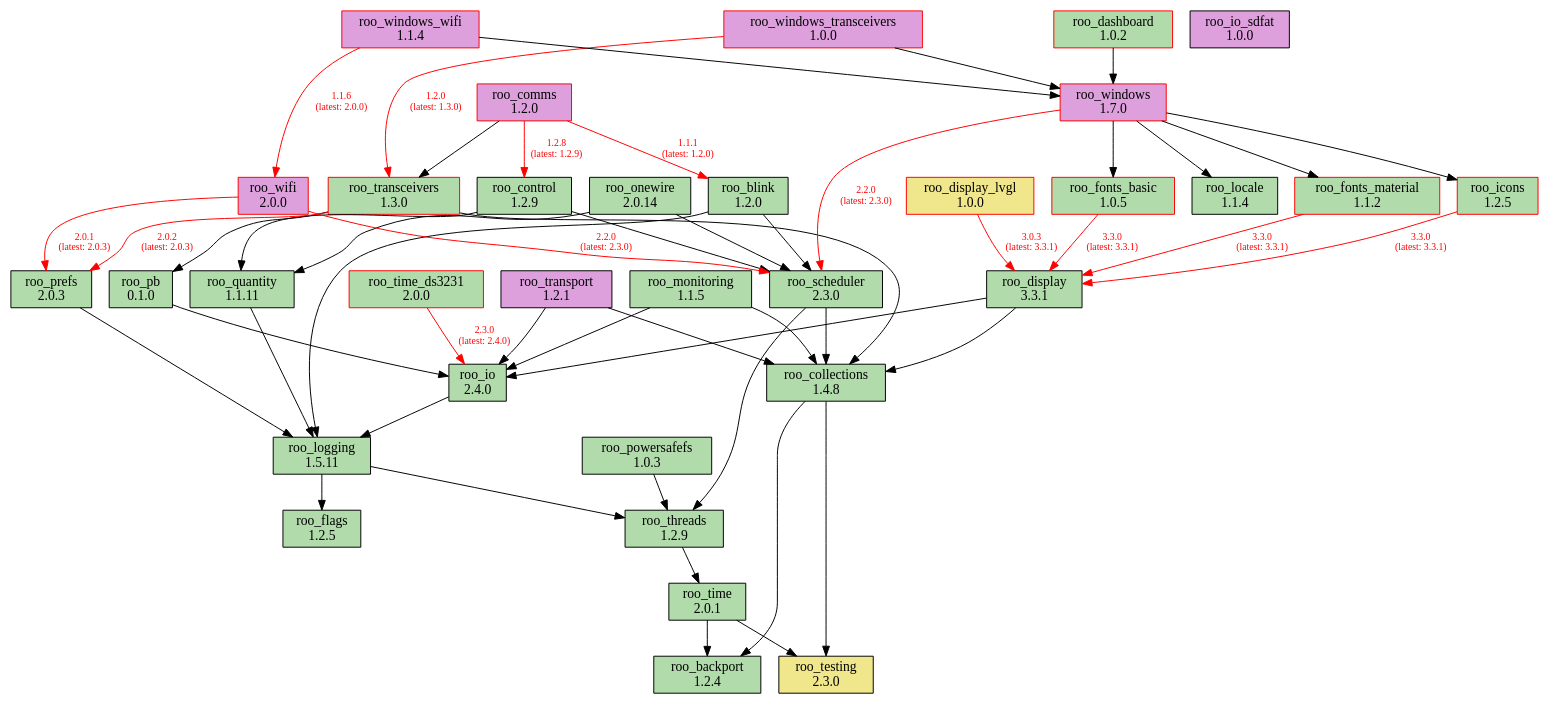
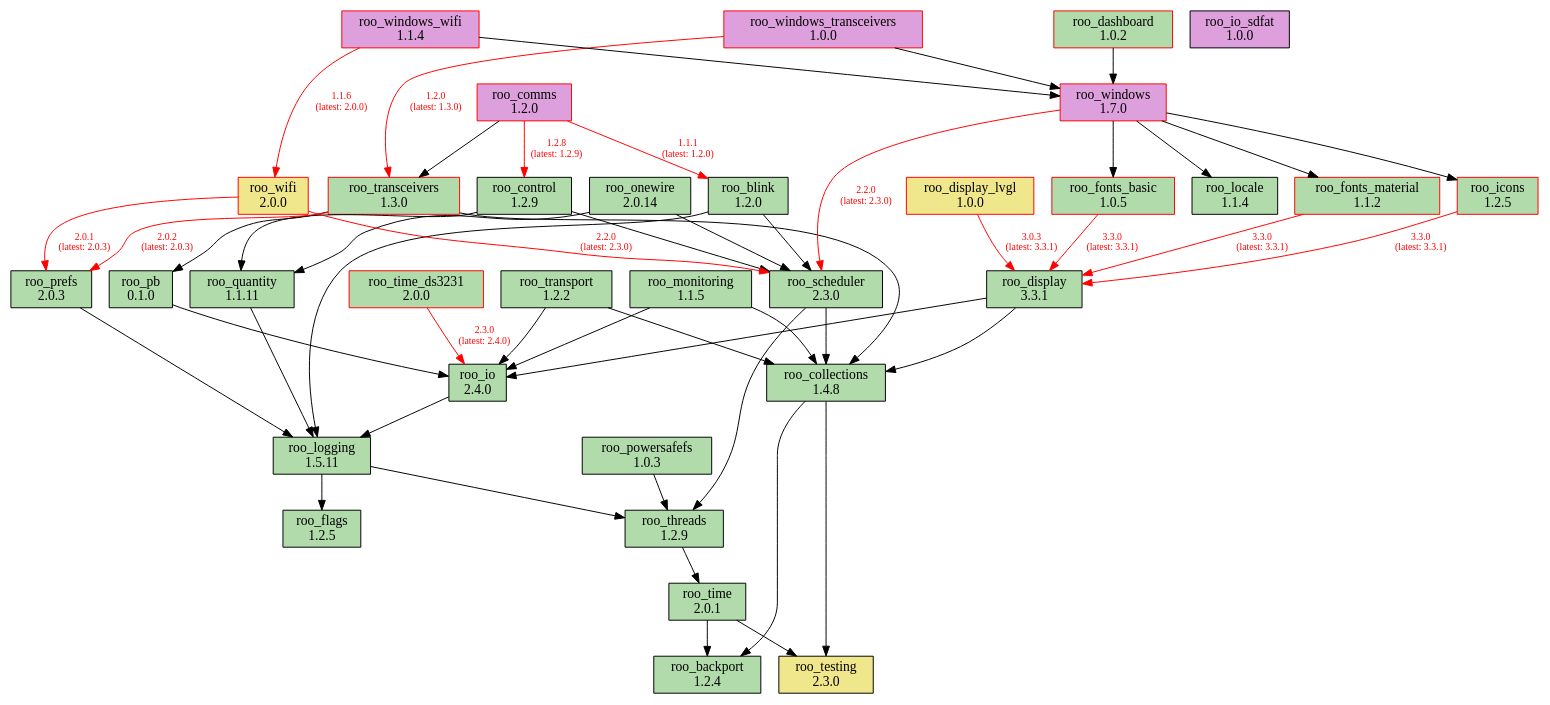
The diagram in doc/dependencies.dot (dejwk/roo-registry), drawn with Graphviz before and after one commit. The commit also changed 3 other files, not shown here.

Commit message:
Added roo_transport 1.2.2 to the registry.

```diff
--- a/doc/dependencies.dot
+++ b/doc/dependencies.dot
@@ -1,91 +1,91 @@
 digraph dependencies {
     rankdir=TB;
     node [shape=box, style=filled];
     edge [fontsize=10];
 
     // Modules
     "roo_backport" [label="roo_backport\n1.2.4", fillcolor="#b1dbab", color="black"];
     "roo_blink" [label="roo_blink\n1.2.0", fillcolor="#b1dbab", color="black"];
     "roo_collections" [label="roo_collections\n1.4.8", fillcolor="#b1dbab", color="black"];
     "roo_comms" [label="roo_comms\n1.2.0", fillcolor="plum", color="red"];
     "roo_control" [label="roo_control\n1.2.9", fillcolor="#b1dbab", color="black"];
     "roo_dashboard" [label="roo_dashboard\n1.0.2", fillcolor="#b1dbab", color="red"];
     "roo_display" [label="roo_display\n3.3.1", fillcolor="#b1dbab", color="black"];
     "roo_display_lvgl" [label="roo_display_lvgl\n1.0.0", fillcolor="khaki", color="red"];
     "roo_flags" [label="roo_flags\n1.2.5", fillcolor="#b1dbab", color="black"];
     "roo_fonts_basic" [label="roo_fonts_basic\n1.0.5", fillcolor="#b1dbab", color="red"];
     "roo_fonts_material" [label="roo_fonts_material\n1.1.2", fillcolor="#b1dbab", color="red"];
     "roo_icons" [label="roo_icons\n1.2.5", fillcolor="#b1dbab", color="red"];
     "roo_io" [label="roo_io\n2.4.0", fillcolor="#b1dbab", color="black"];
     "roo_io_sdfat" [label="roo_io_sdfat\n1.0.0", fillcolor="plum", color="black"];
     "roo_locale" [label="roo_locale\n1.1.4", fillcolor="#b1dbab", color="black"];
     "roo_logging" [label="roo_logging\n1.5.11", fillcolor="#b1dbab", color="black"];
     "roo_monitoring" [label="roo_monitoring\n1.1.5", fillcolor="#b1dbab", color="black"];
     "roo_onewire" [label="roo_onewire\n2.0.14", fillcolor="#b1dbab", color="black"];
     "roo_pb" [label="roo_pb\n0.1.0", fillcolor="#b1dbab", color="black"];
     "roo_powersafefs" [label="roo_powersafefs\n1.0.3", fillcolor="#b1dbab", color="black"];
     "roo_prefs" [label="roo_prefs\n2.0.3", fillcolor="#b1dbab", color="black"];
     "roo_quantity" [label="roo_quantity\n1.1.11", fillcolor="#b1dbab", color="black"];
     "roo_scheduler" [label="roo_scheduler\n2.3.0", fillcolor="#b1dbab", color="black"];
     "roo_testing" [label="roo_testing\n2.3.0", fillcolor="khaki", color="black"];
     "roo_threads" [label="roo_threads\n1.2.9", fillcolor="#b1dbab", color="black"];
     "roo_time" [label="roo_time\n2.0.1", fillcolor="#b1dbab", color="black"];
     "roo_time_ds3231" [label="roo_time_ds3231\n2.0.0", fillcolor="#b1dbab", color="red"];
     "roo_transceivers" [label="roo_transceivers\n1.3.0", fillcolor="#b1dbab", color="red"];
-    "roo_transport" [label="roo_transport\n1.2.1", fillcolor="plum", color="black"];
-    "roo_wifi" [label="roo_wifi\n2.0.0", fillcolor="plum", color="red"];
+    "roo_transport" [label="roo_transport\n1.2.2", fillcolor="#b1dbab", color="black"];
+    "roo_wifi" [label="roo_wifi\n2.0.0", fillcolor="khaki", color="red"];
     "roo_windows" [label="roo_windows\n1.7.0", fillcolor="plum", color="red"];
     "roo_windows_transceivers" [label="roo_windows_transceivers\n1.0.0", fillcolor="plum", color="red"];
     "roo_windows_wifi" [label="roo_windows_wifi\n1.1.4", fillcolor="plum", color="red"];
 
     // Dependencies
     "roo_blink" -> "roo_logging";
     "roo_blink" -> "roo_scheduler";
     "roo_collections" -> "roo_testing";
     "roo_collections" -> "roo_backport";
     "roo_comms" -> "roo_blink" [color=red, fontcolor=red, label="1.1.1\n(latest: 1.2.0)"];
     "roo_comms" -> "roo_control" [color=red, fontcolor=red, label="1.2.8\n(latest: 1.2.9)"];
     "roo_comms" -> "roo_transceivers";
     "roo_control" -> "roo_quantity";
     "roo_control" -> "roo_scheduler";
     "roo_dashboard" -> "roo_windows";
     "roo_display" -> "roo_collections";
     "roo_display" -> "roo_io";
     "roo_display_lvgl" -> "roo_display" [color=red, fontcolor=red, label="3.0.3\n(latest: 3.3.1)"];
     "roo_fonts_basic" -> "roo_display" [color=red, fontcolor=red, label="3.3.0\n(latest: 3.3.1)"];
     "roo_fonts_material" -> "roo_display" [color=red, fontcolor=red, label="3.3.0\n(latest: 3.3.1)"];
     "roo_icons" -> "roo_display" [color=red, fontcolor=red, label="3.3.0\n(latest: 3.3.1)"];
     "roo_io" -> "roo_logging";
     "roo_logging" -> "roo_flags";
     "roo_logging" -> "roo_threads";
     "roo_monitoring" -> "roo_collections";
     "roo_monitoring" -> "roo_io";
     "roo_onewire" -> "roo_scheduler";
     "roo_onewire" -> "roo_quantity";
     "roo_pb" -> "roo_io";
     "roo_powersafefs" -> "roo_threads";
     "roo_prefs" -> "roo_logging";
     "roo_quantity" -> "roo_logging";
     "roo_scheduler" -> "roo_collections";
     "roo_scheduler" -> "roo_threads";
     "roo_threads" -> "roo_time";
     "roo_time" -> "roo_testing";
     "roo_time" -> "roo_backport";
     "roo_time_ds3231" -> "roo_io" [color=red, fontcolor=red, label="2.3.0\n(latest: 2.4.0)"];
     "roo_transceivers" -> "roo_pb";
     "roo_transceivers" -> "roo_collections";
     "roo_transceivers" -> "roo_prefs" [color=red, fontcolor=red, label="2.0.2\n(latest: 2.0.3)"];
     "roo_transport" -> "roo_collections";
     "roo_transport" -> "roo_io";
     "roo_wifi" -> "roo_prefs" [color=red, fontcolor=red, label="2.0.1\n(latest: 2.0.3)"];
     "roo_wifi" -> "roo_scheduler" [color=red, fontcolor=red, label="2.2.0\n(latest: 2.3.0)"];
     "roo_windows" -> "roo_fonts_basic";
     "roo_windows" -> "roo_fonts_material";
     "roo_windows" -> "roo_locale";
     "roo_windows" -> "roo_icons";
     "roo_windows" -> "roo_scheduler" [color=red, fontcolor=red, label="2.2.0\n(latest: 2.3.0)"];
     "roo_windows_transceivers" -> "roo_transceivers" [color=red, fontcolor=red, label="1.2.0\n(latest: 1.3.0)"];
     "roo_windows_transceivers" -> "roo_windows";
     "roo_windows_wifi" -> "roo_wifi" [color=red, fontcolor=red, label="1.1.6\n(latest: 2.0.0)"];
     "roo_windows_wifi" -> "roo_windows";
 }
```
